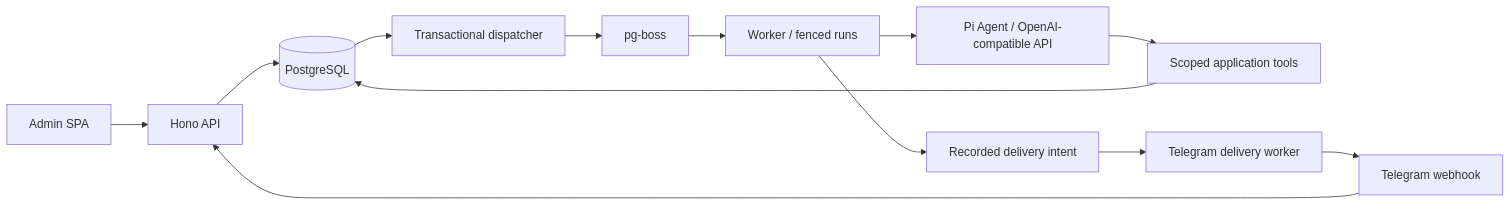
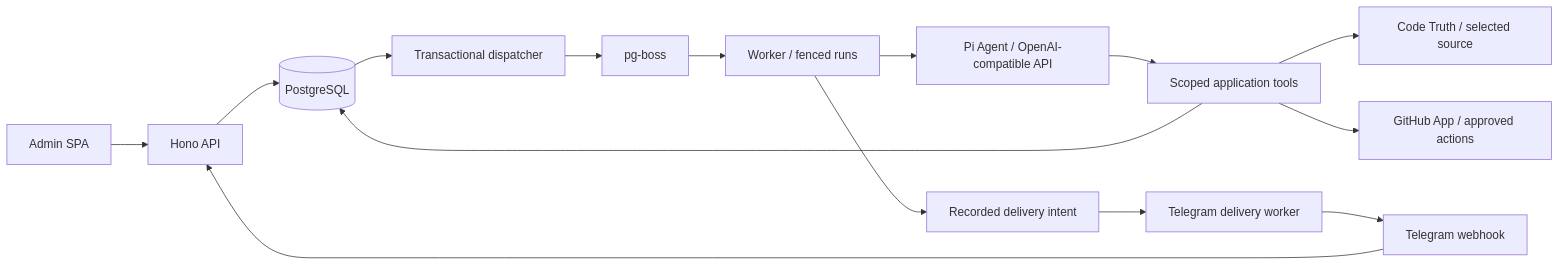
Before and after one commit to stonega/repodesk: the diagram in docs/design/architecture.md, drawn with Mermaid. The commit also changed other lines of this file and 111 other files, not shown here.

````diff
--- a/docs/design/architecture.md
+++ b/docs/design/architecture.md
@@ -74,15 +81,17 @@
 ```mermaid
 flowchart LR
   Web[Admin SPA] --> API[Hono API]
   TG[Telegram webhook] --> API
   API --> DB[(PostgreSQL)]
   DB --> Outbox[Transactional dispatcher]
   Outbox --> Jobs[pg-boss]
   Jobs --> Worker[Worker / fenced runs]
   Worker --> Pi[Pi Agent / OpenAI-compatible API]
   Pi --> Tools[Scoped application tools]
   Tools --> DB
+  Tools --> CT[Code Truth / selected source]
+  Tools --> GH[GitHub App / approved actions]
   Worker --> Intent[Recorded delivery intent]
   Intent --> Send[Telegram delivery worker]
   Send --> TG
 ```
````
